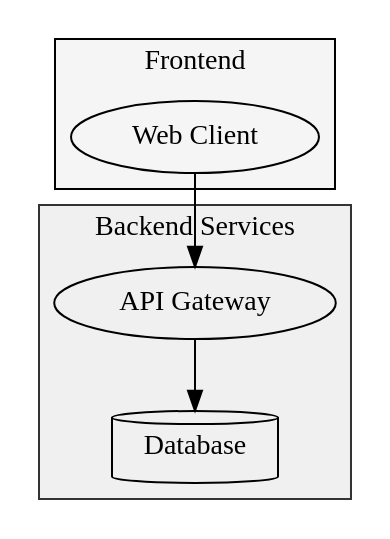
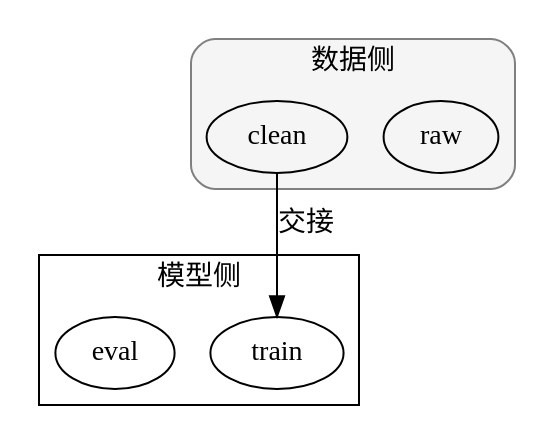
The eighth of 9 diagrams in academic-toolkit/skills/graphviz/references/syntax.md (FOURTEEN1416/academic-agent-toolkit), drawn with Graphviz before and after one commit. The commit also changed other lines of this file and 5 other files, not shown here.

````diff
--- a/academic-toolkit/skills/graphviz/references/syntax.md
+++ b/academic-toolkit/skills/graphviz/references/syntax.md
@@ -141,24 +124,13 @@
 ```dot
-digraph G {
-    subgraph cluster_backend {
-        label="Backend Services";
-        style=filled;
-        fillcolor="#F0F0F0";
-        color="#333333";
-        
-        API [label="API Gateway"];
-        DB [label="Database", shape=cylinder];
-        API -> DB;
-    }
-    
-    subgraph cluster_frontend {
-        label="Frontend";
-        style=filled;
-        fillcolor="#F5F5F5";
-        
-        Client [label="Web Client"];
-    }
-    
-    Client -> API;
+digraph g {
+  subgraph cluster_data {
+    label="数据侧"; style="rounded,filled"; fillcolor="#F5F5F5"; color=gray;
+    raw; clean;
+  }
+  subgraph cluster_model {
+    label="模型侧";
+    train; eval;
+  }
+  clean -> train [ltail=cluster_data, lhead=cluster_model, label="交接"];
 }
 ```
````
